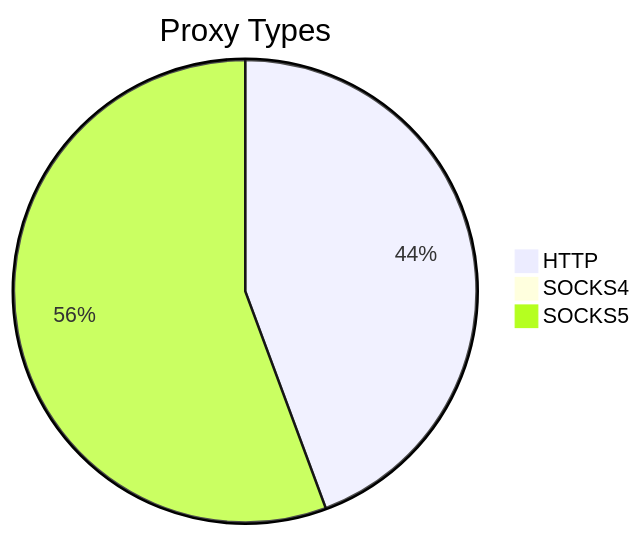
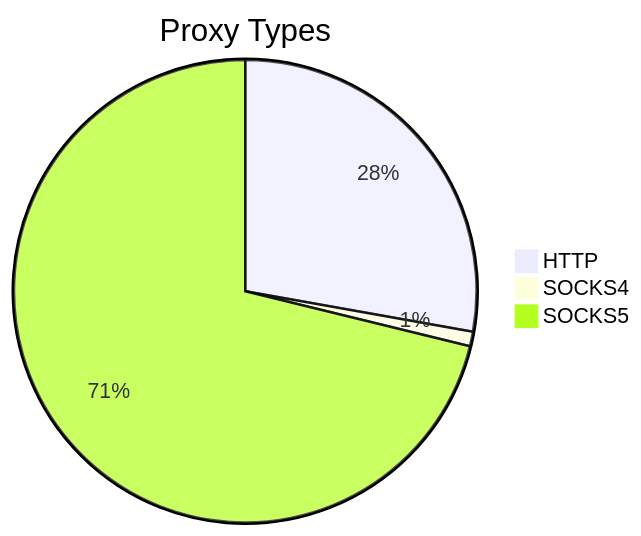
Before and after one commit to stormsia/proxy-list: the first of 2 diagrams in README.md, drawn with Mermaid. The commit also changed other lines of this file, not shown here.

````diff
--- a/README.md
+++ b/README.md
@@ -21,6 +21,6 @@
 ```mermaid
 pie title Proxy Types
-    "HTTP" : 2023
-    "SOCKS4" : 12
-    "SOCKS5" : 2539
+    "HTTP" : 2107
+    "SOCKS4" : 77
+    "SOCKS5" : 5393
 ```
````
